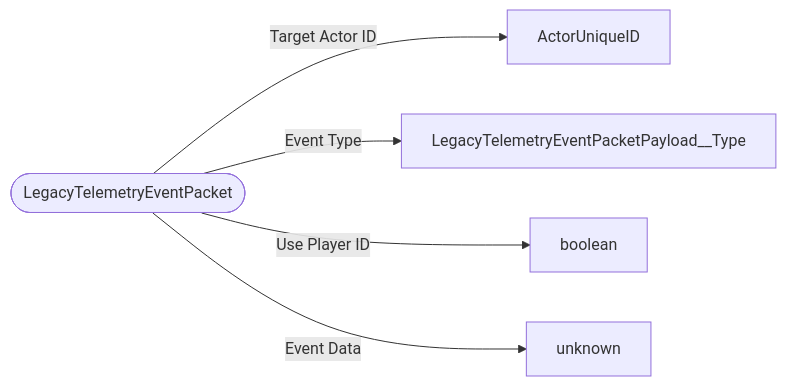
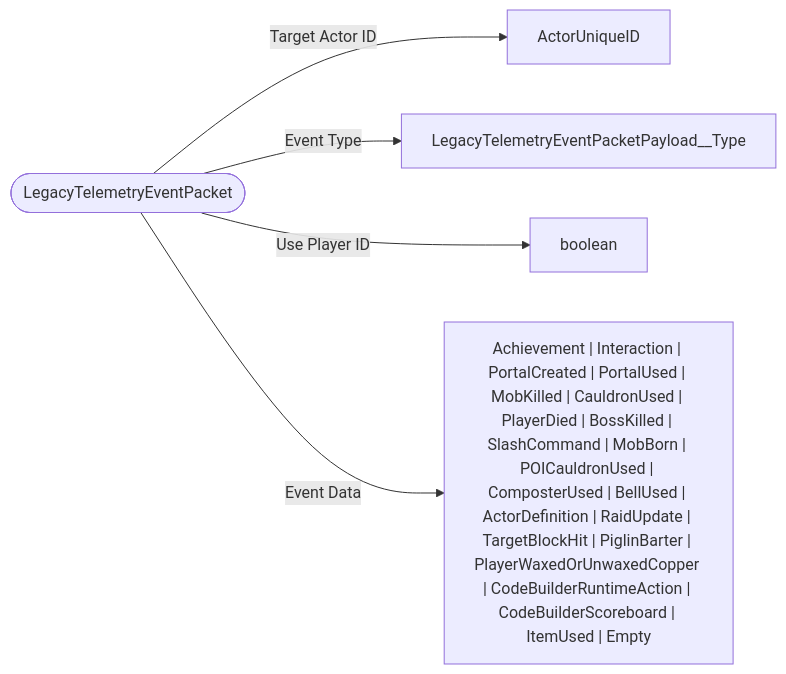
The diagram in schemas/packets/LegacyTelemetryEventPacket.md (bedrock-v/protocol-docs), drawn with Mermaid before and after one commit. The commit also changed 114 other files, not shown here.

````diff
--- a/schemas/packets/LegacyTelemetryEventPacket.md
+++ b/schemas/packets/LegacyTelemetryEventPacket.md
@@ -7,8 +7,8 @@
 ```mermaid
 flowchart LR
   ROOT(["LegacyTelemetryEventPacket"])
   ROOT -->|"Target Actor ID"| ActorUniqueID["ActorUniqueID"]
   ROOT -->|"Event Type"| LegacyTelemetryEventPacketPayload__Type["LegacyTelemetryEventPacketPayload__Type"]
   ROOT -->|"Use Player ID"| boolean["boolean"]
-  ROOT -->|"Event Data"| unknown["unknown"]
+  ROOT -->|"Event Data"| Achievement___Interaction___PortalCreated___PortalUsed___MobKilled___CauldronUsed___PlayerDied___BossKilled___SlashCommand___MobBorn___POICauldronUsed___ComposterUsed___BellUsed___ActorDefinition___RaidUpdate___TargetBlockHit___PiglinBarter___PlayerWaxedOrUnwaxedCopper___CodeBuilderRuntimeAction___CodeBuilderScoreboard___ItemUsed___Empty["Achievement | Interaction | PortalCreated | PortalUsed | MobKilled | CauldronUsed | PlayerDied | BossKilled | SlashCommand | MobBorn | POICauldronUsed | ComposterUsed | BellUsed | ActorDefinition | RaidUpdate | TargetBlockHit | PiglinBarter | PlayerWaxedOrUnwaxedCopper | CodeBuilderRuntimeAction | CodeBuilderScoreboard | ItemUsed | Empty"]
 ```
````
